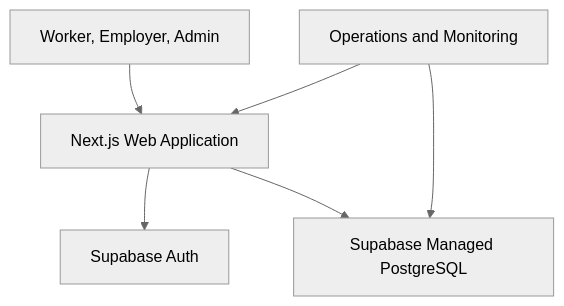
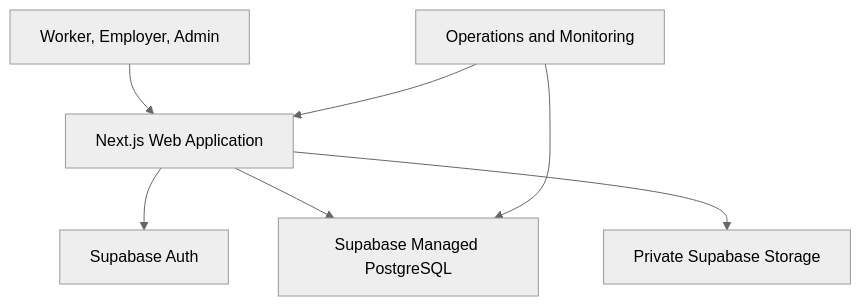
Before and after one commit to umarhyl/rintara: the diagram in docs/engineering/ARCHITECTURE.md, drawn with Mermaid (neutral theme). The commit also changed other lines of this file and 40 other files, not shown here.

````diff
--- a/docs/engineering/ARCHITECTURE.md
+++ b/docs/engineering/ARCHITECTURE.md
@@ -46,8 +50,9 @@
 ```mermaid
 flowchart TD
     U["Worker, Employer, Admin"] --> W["Next.js Web Application"]
     W --> A["Supabase Auth"]
     W --> P["Supabase Managed PostgreSQL"]
+    W --> S["Private Supabase Storage"]
     O["Operations and Monitoring"] --> W
     O --> P
 ```
````
